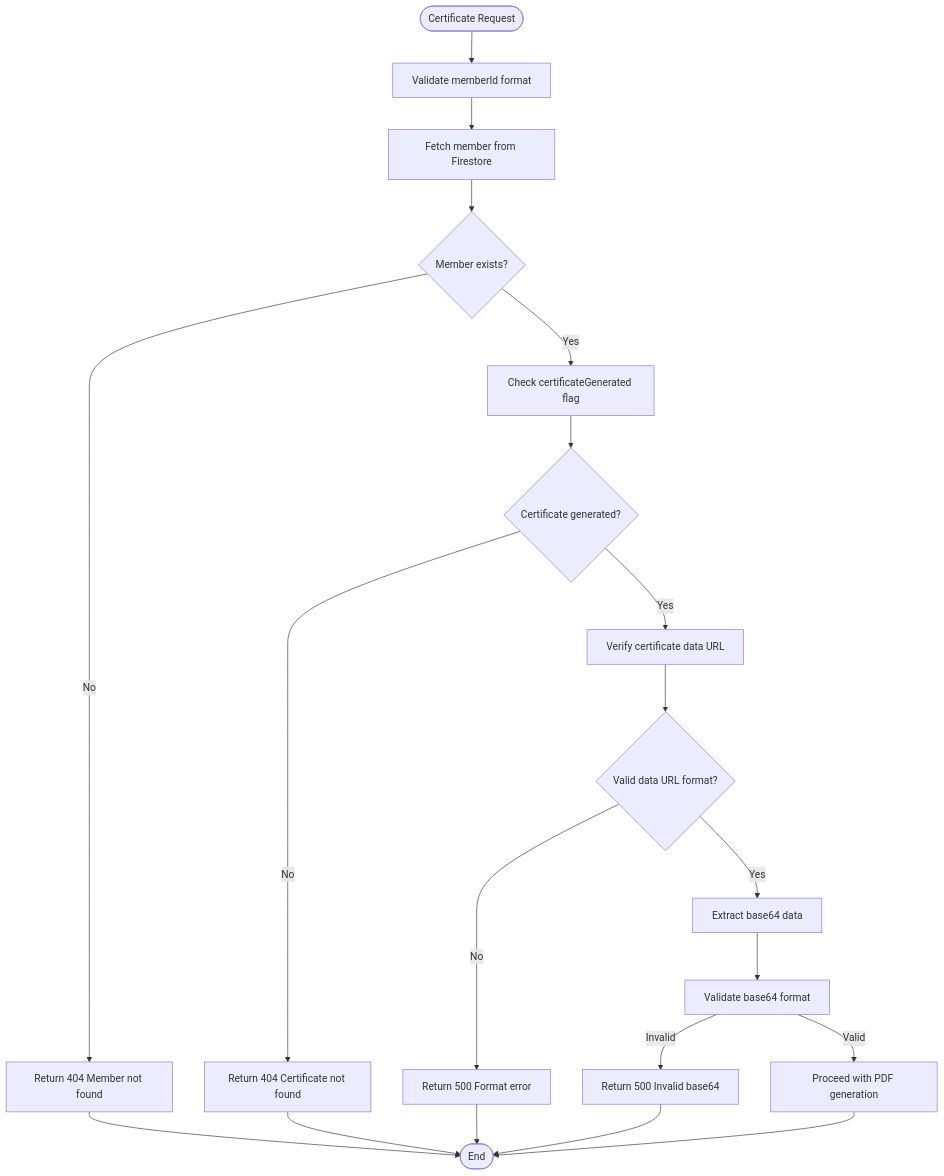
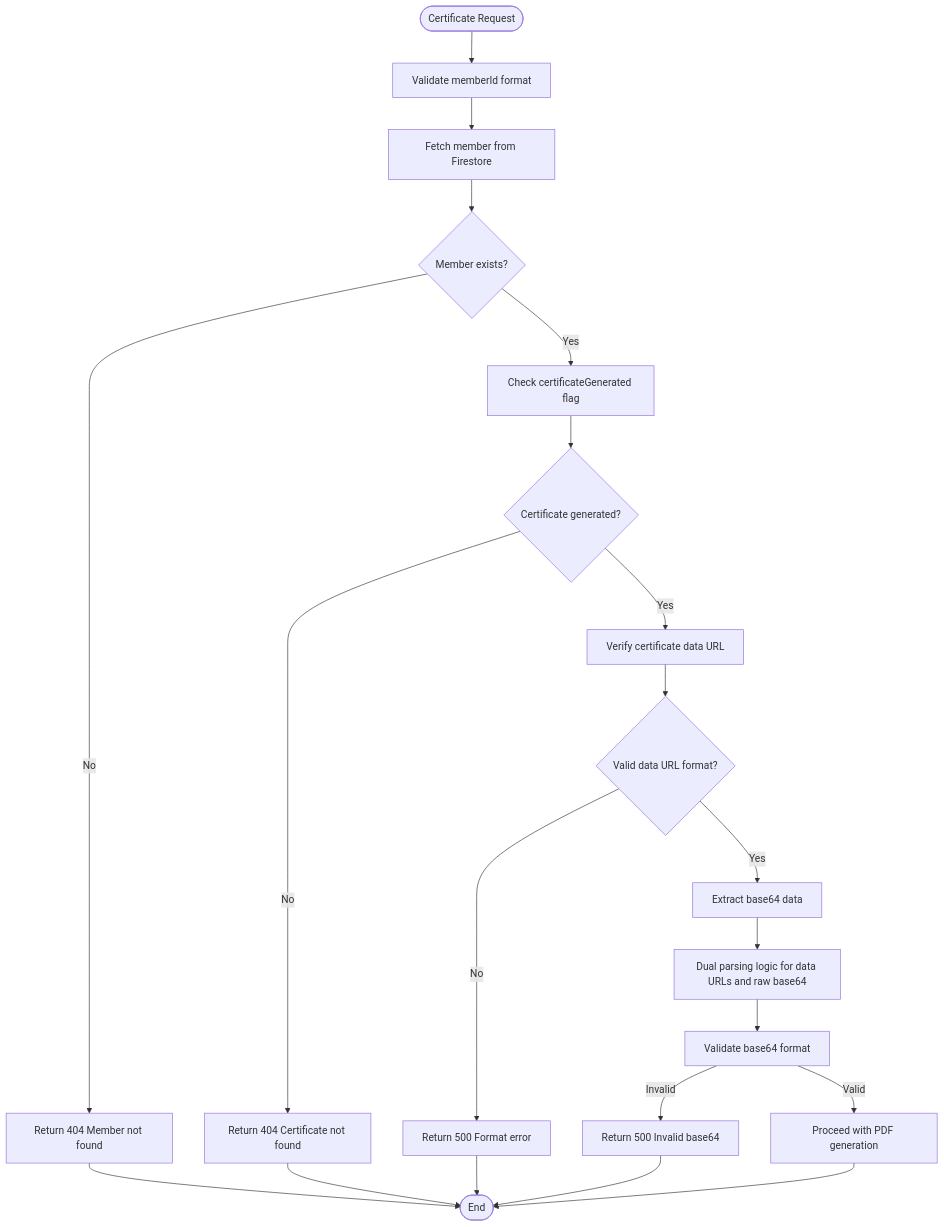
Before and after one commit to Unsure-bry/sampacoop_system: the eighth of 8 diagrams in .qoder/repowiki/en/content/API Endpoints Reference/Certificate Generation API.md, drawn with Mermaid. The commit also changed other lines of this file and 11 other files, not shown here.

````diff
--- a/.qoder/repowiki/en/content/API Endpoints Reference/Certificate Generation API.md
+++ b/.qoder/repowiki/en/content/API Endpoints Reference/Certificate Generation API.md
@@ -763,22 +763,23 @@
 ```mermaid
 flowchart TD
 Start([Certificate Request]) --> ValidateMemberId["Validate memberId format"]
 ValidateMemberId --> FetchMember["Fetch member from Firestore"]
 FetchMember --> MemberExists{"Member exists?"}
 MemberExists --> |No| Return404["Return 404 Member not found"]
 MemberExists --> |Yes| CheckCertificateFlag["Check certificateGenerated flag"]
 CheckCertificateFlag --> CertificateGenerated{"Certificate generated?"}
 CertificateGenerated --> |No| Return404_2["Return 404 Certificate not found"]
 CertificateGenerated --> |Yes| VerifyCertificateData["Verify certificate data URL"]
 VerifyCertificateData --> ValidateFormat{"Valid data URL format?"}
 ValidateFormat --> |No| Return500["Return 500 Format error"]
 ValidateFormat --> |Yes| ExtractBase64["Extract base64 data"]
-ExtractBase64 --> ValidateBase64["Validate base64 format"]
+ExtractBase64 --> DualParsingLogic["Dual parsing logic for data URLs and raw base64"]
+DualParsingLogic --> ValidateBase64["Validate base64 format"]
 ValidateBase64 --> |Invalid| Return500_2["Return 500 Invalid base64"]
 ValidateBase64 --> |Valid| Proceed["Proceed with PDF generation"]
 Return404 --> End([End])
 Return404_2 --> End
 Return500 --> End
 Return500_2 --> End
 Proceed --> End
 ```
````
